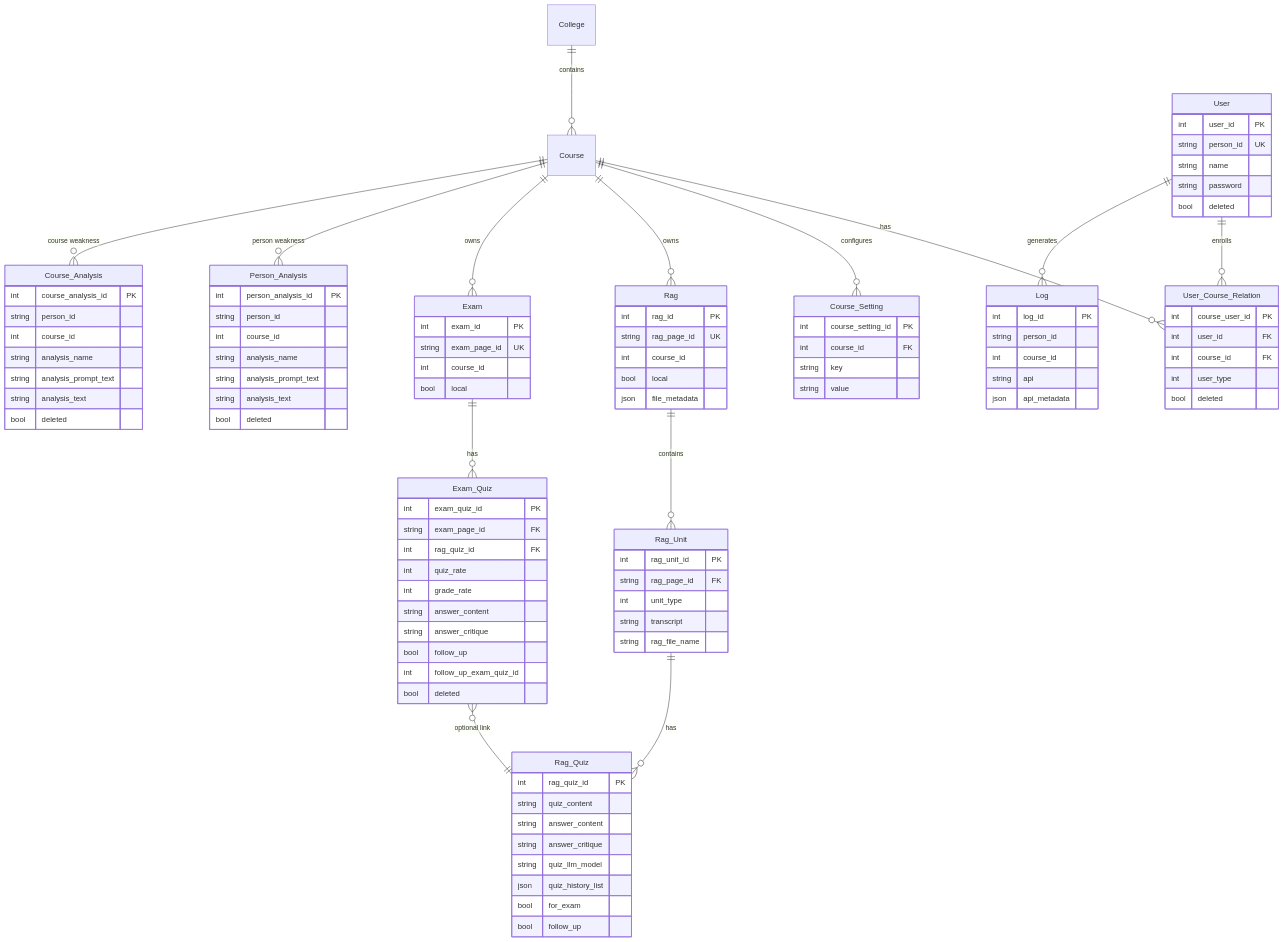
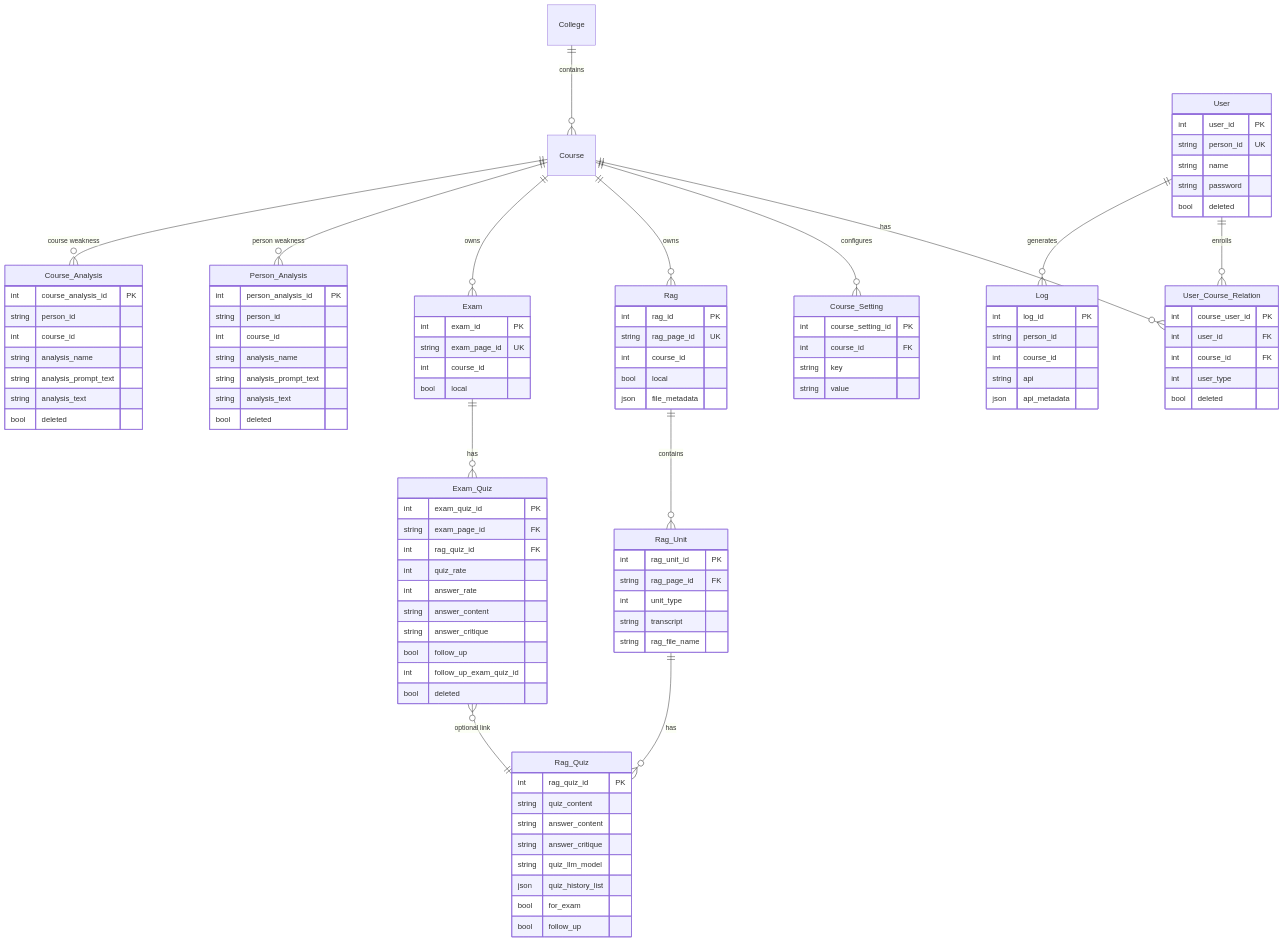
One commit to kevin7261/MyQuiz-ai-backend changed the third of 6 diagrams in README.md. Above: the diagram before and after it, drawn with Mermaid. The commit also changed other lines of this file and 16 other files, not shown here.

```diff
--- a/README.md
+++ b/README.md
@@ -321,7 +321,7 @@
         string exam_page_id FK
         int rag_quiz_id FK
         int quiz_rate
-        int grade_rate
+        int answer_rate
         string answer_content
         string answer_critique
         bool follow_up
```
